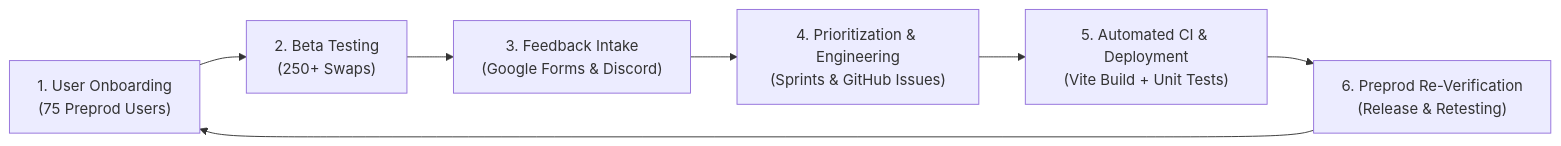
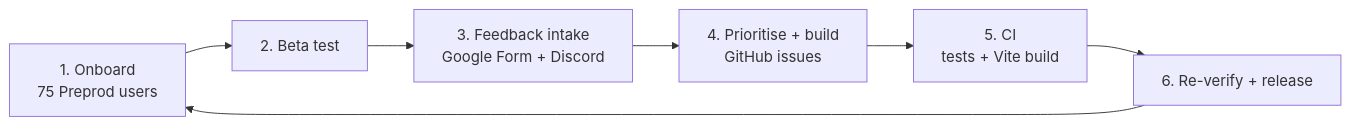
Before and after one commit to avishrakshe/Private-OTC-Agent-Desk-On-Midnight-: the eighth of 9 diagrams in README.md, drawn with Mermaid. The commit also changed other lines of this file, not shown here.

Commit message:
docs(readme): rewrite README around the sealed RFQ desk with diagrams and site tour

````diff
--- a/README.md
+++ b/README.md
@@ -207,9 +512,9 @@
 ```mermaid
 flowchart LR
-    Step1["1. User Onboarding<br/>(75 Preprod Users)"] --> Step2["2. Beta Testing<br/>(250+ Swaps)"]
-    Step2 --> Step3["3. Feedback Intake<br/>(Google Forms & Discord)"]
-    Step3 --> Step4["4. Prioritization & Engineering<br/>(Sprints & GitHub Issues)"]
-    Step4 --> Step5["5. Automated CI & Deployment<br/>(Vite Build + Unit Tests)"]
-    Step5 --> Step6["6. Preprod Re-Verification<br/>(Release & Retesting)"]
-    Step6 --> Step1
+    A["1. Onboard<br/>75 Preprod users"] --> B["2. Beta test"]
+    B --> C["3. Feedback intake<br/>Google Form + Discord"]
+    C --> D["4. Prioritise + build<br/>GitHub issues"]
+    D --> E["5. CI<br/>tests + Vite build"]
+    E --> F["6. Re-verify + release"]
+    F --> A
 ```
````
